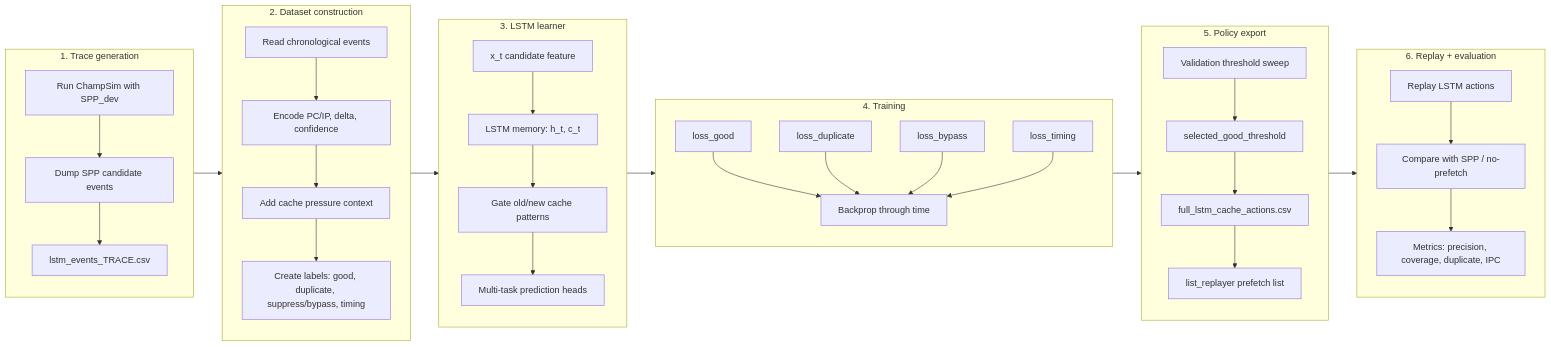
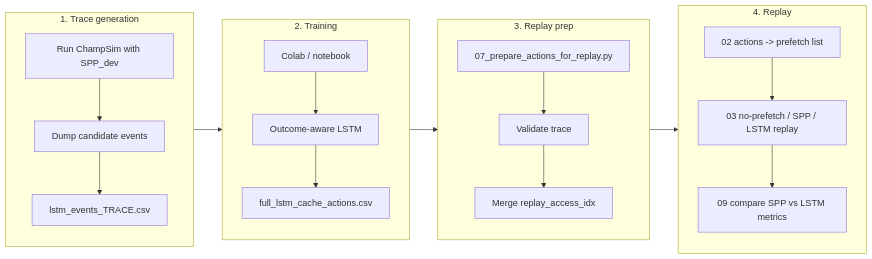
The sixth of 6 diagrams in formal_NN_training/LSTM_cache_action_pipeline_story.md (Angelawoo572/cache_arch), drawn with Mermaid before and after one commit. The commit also changed other lines of this file, not shown here.

Commit message:
Update LSTM pipeline story with 602 and 619 results

````diff
--- a/formal_NN_training/LSTM_cache_action_pipeline_story.md
+++ b/formal_NN_training/LSTM_cache_action_pipeline_story.md
@@ -341,54 +216,32 @@
 ```mermaid
 flowchart LR
     subgraph S1[1. Trace generation]
         A1[Run ChampSim with SPP_dev]
-        A2[Dump SPP candidate events]
+        A2[Dump candidate events]
         A3[lstm_events_TRACE.csv]
         A1 --> A2 --> A3
     end
 
-    subgraph S2[2. Dataset construction]
-        B1[Read chronological events]
-        B2[Encode PC/IP, delta, confidence]
-        B3[Add cache pressure context]
-        B4[Create labels: good, duplicate, suppress/bypass, timing]
-        B1 --> B2 --> B3 --> B4
+    subgraph S2[2. Training]
+        B1[Colab / notebook]
+        B2[Outcome-aware LSTM]
+        B3[full_lstm_cache_actions.csv]
+        B1 --> B2 --> B3
     end
 
-    subgraph S3[3. LSTM learner]
-        C1[x_t candidate feature]
-        C2[LSTM memory: h_t, c_t]
-        C3[Gate old/new cache patterns]
-        C4[Multi-task prediction heads]
-        C1 --> C2 --> C3 --> C4
+    subgraph S3[3. Replay prep]
+        C1[07_prepare_actions_for_replay.py]
+        C2[Validate trace]
+        C3[Merge replay_access_idx]
+        C1 --> C2 --> C3
     end
 
-    subgraph S4[4. Training]
-        D1[loss_good]
-        D2[loss_duplicate]
-        D3[loss_bypass]
-        D4[loss_timing]
-        D5[Backprop through time]
-        D1 --> D5
-        D2 --> D5
-        D3 --> D5
-        D4 --> D5
+    subgraph S4[4. Replay]
+        D1[02 actions -> prefetch list]
+        D2[03 no-prefetch / SPP / LSTM replay]
+        D3[09 compare SPP vs LSTM metrics]
+        D1 --> D2 --> D3
     end
 
-    subgraph S5[5. Policy export]
-        E1[Validation threshold sweep]
-        E2[selected_good_threshold]
-        E3[full_lstm_cache_actions.csv]
-        E4[list_replayer prefetch list]
-        E1 --> E2 --> E3 --> E4
-    end
-
-    subgraph S6[6. Replay + evaluation]
-        F1[Replay LSTM actions]
-        F2[Compare with SPP / no-prefetch]
-        F3[Metrics: precision, coverage, duplicate, IPC]
-        F1 --> F2 --> F3
-    end
-
-    S1 --> S2 --> S3 --> S4 --> S5 --> S6
+    S1 --> S2 --> S3 --> S4
 ```
````
